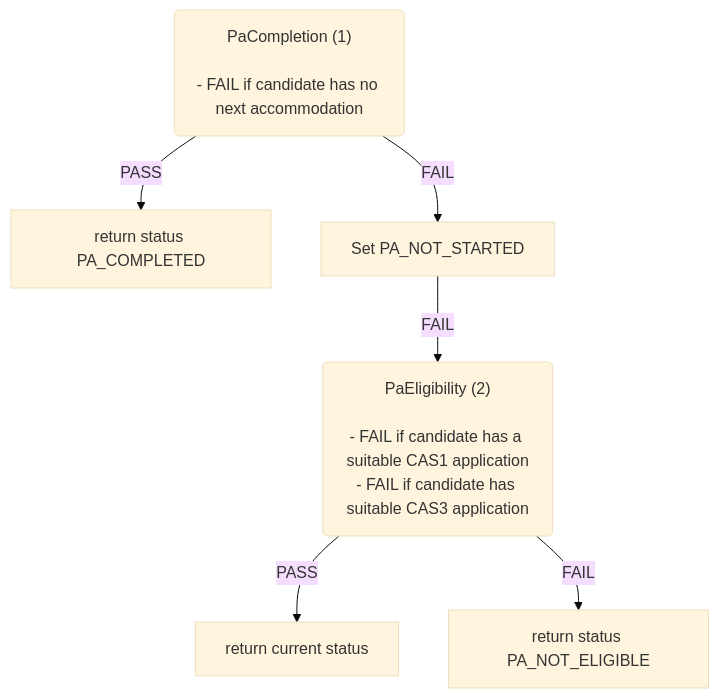
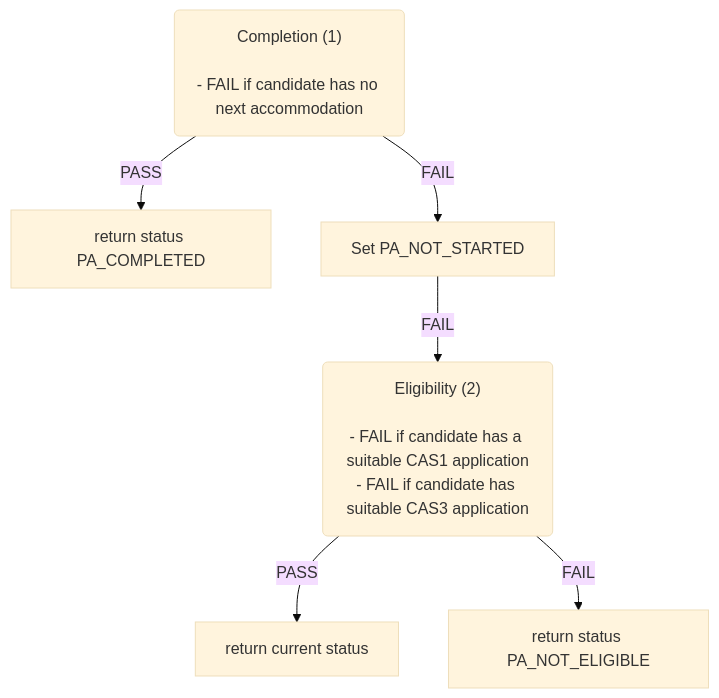
One commit to ministryofjustice/hmpps-single-accommodation-service-api changed the sixth of 6 diagrams in docs/eligibility-rules-graph.md. Above: the diagram before and after it, drawn with Mermaid (base theme). The commit also changed other lines of this file and 41 other files, not shown here.

First line of the commit message:
Improve rules graph rule set labelling (#805)

````diff
--- a/docs/eligibility-rules-graph.md
+++ b/docs/eligibility-rules-graph.md
@@ -522,19 +522,19 @@
 ```mermaid
 flowchart TD
-  PaCompletion("PaCompletion (1)
+  Completion("Completion (1)
 
 - FAIL if candidate has no next accommodation")
   return_status_PA_COMPLETED["return status PA_COMPLETED"]
   Set_PA_NOT_STARTED["Set PA_NOT_STARTED"]
-  PaEligibility("PaEligibility (2)
+  Eligibility("Eligibility (2)
 
 - FAIL if candidate has a suitable CAS1 application
 - FAIL if candidate has suitable CAS3 application")
   return_current_status["return current status"]
   return_status_PA_NOT_ELIGIBLE["return status PA_NOT_ELIGIBLE"]
-  PaCompletion -->|PASS| return_status_PA_COMPLETED
-  PaCompletion -->|FAIL| Set_PA_NOT_STARTED
-  PaEligibility -->|PASS| return_current_status
-  PaEligibility -->|FAIL| return_status_PA_NOT_ELIGIBLE
-  Set_PA_NOT_STARTED -->|FAIL| PaEligibility
+  Completion -->|PASS| return_status_PA_COMPLETED
+  Completion -->|FAIL| Set_PA_NOT_STARTED
+  Eligibility -->|PASS| return_current_status
+  Eligibility -->|FAIL| return_status_PA_NOT_ELIGIBLE
+  Set_PA_NOT_STARTED -->|FAIL| Eligibility
 ```
````
